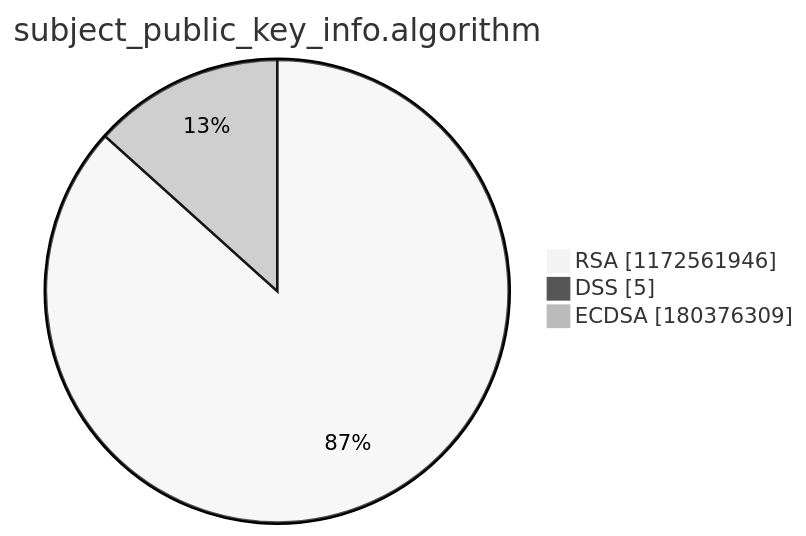
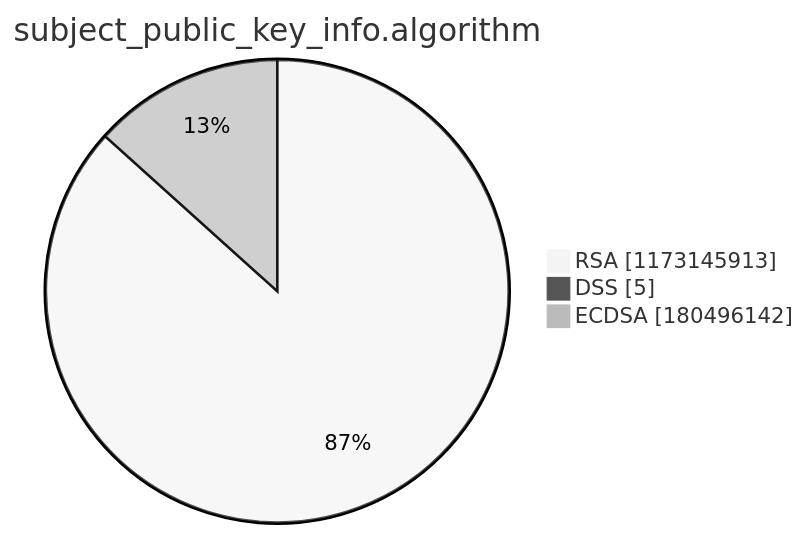
One commit to christiankrug/ctmonitor_visualization changed the third of 15 diagrams in argon2022/README.md. Above: the diagram before and after it, drawn with Mermaid (neutral theme). The commit also changed other lines of this file, not shown here.

````diff
--- a/argon2022/README.md
+++ b/argon2022/README.md
@@ -14,7 +14,7 @@
 ```mermaid
 pie showData
 title subject_public_key_info.algorithm
-"RSA" :1172561946
+"RSA" :1173145913
 "DSS" :5
-"ECDSA" :180376309
+"ECDSA" :180496142
 ```
````
